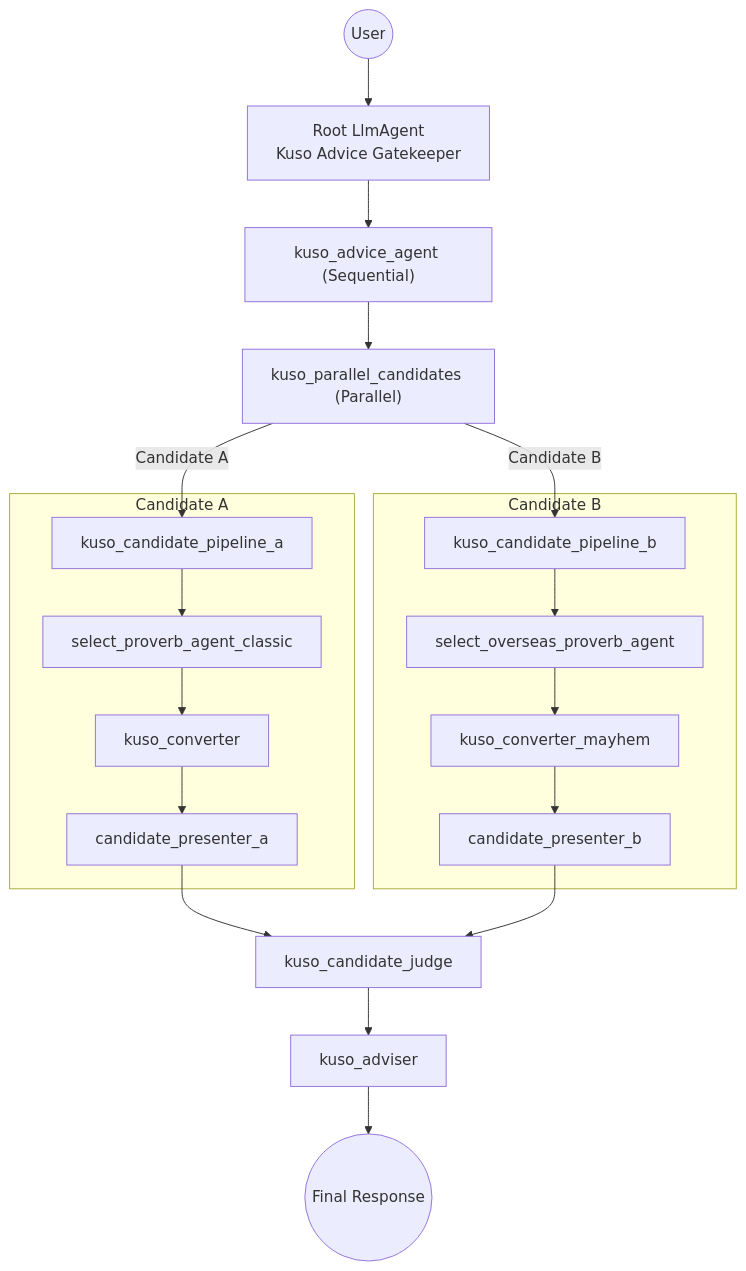
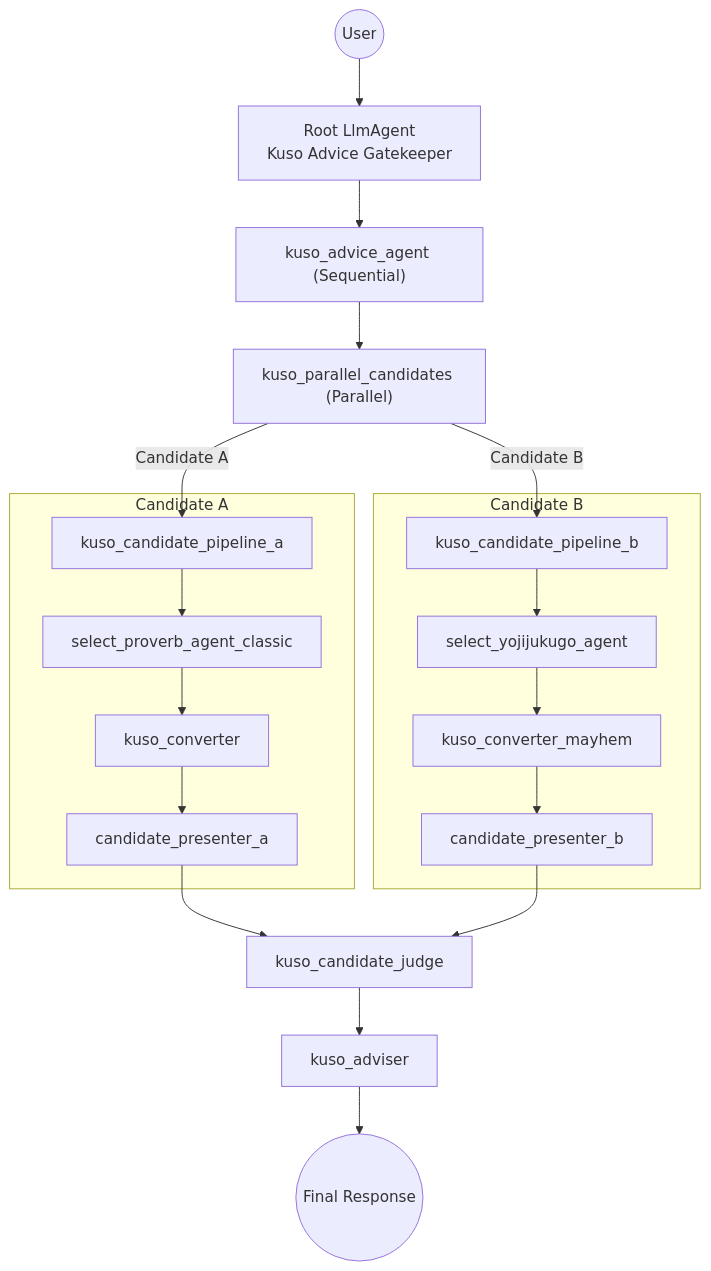
The diagram in README.md (i-icc/kuso-agent), drawn with Mermaid before and after one commit. The commit also changed other lines of this file and 9 other files, not shown here.

````diff
--- a/README.md
+++ b/README.md
@@ -24,25 +24,25 @@
 ```mermaid
 graph TD
   user((User)) --> R["Root LlmAgent\nKuso Advice Gatekeeper"]
   R --> SA["kuso_advice_agent (Sequential)"]
   SA --> PC["kuso_parallel_candidates (Parallel)"]
   PC -->|Candidate A| CPA["kuso_candidate_pipeline_a"]
   PC -->|Candidate B| CPB["kuso_candidate_pipeline_b"]
 
   subgraph "Candidate A"
     CPA --> SPA["select_proverb_agent_classic"]
     SPA --> KCA["kuso_converter"]
     KCA --> PRA["candidate_presenter_a"]
   end
 
   subgraph "Candidate B"
-    CPB --> SPB["select_overseas_proverb_agent"]
+    CPB --> SPB["select_yojijukugo_agent"]
     SPB --> KCB["kuso_converter_mayhem"]
     KCB --> PRB["candidate_presenter_b"]
   end
 
   PRA --> J["kuso_candidate_judge"]
   PRB --> J
   J --> ADV["kuso_adviser"]
   ADV --> resp((Final Response))
 ```
````
